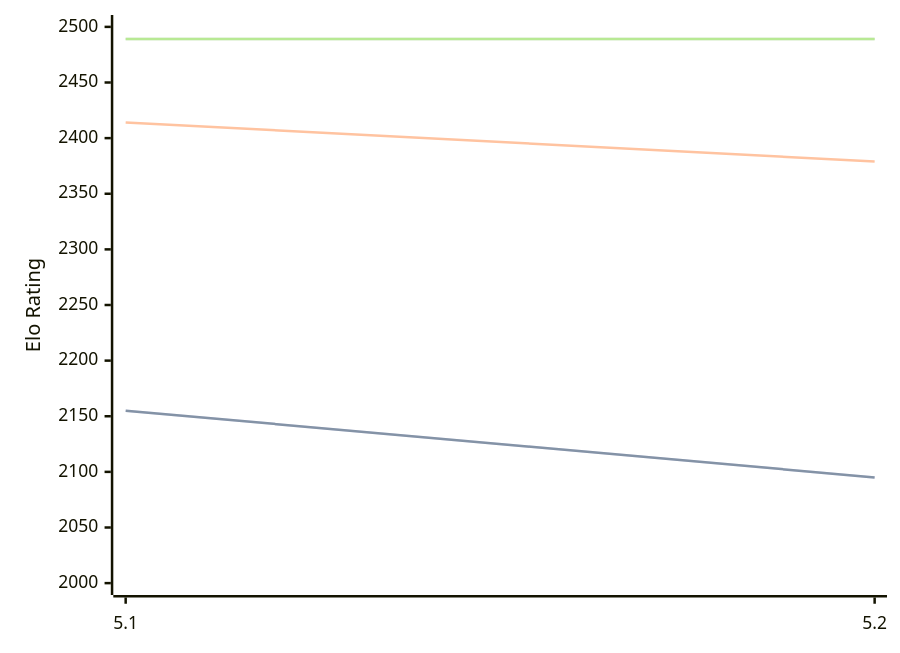
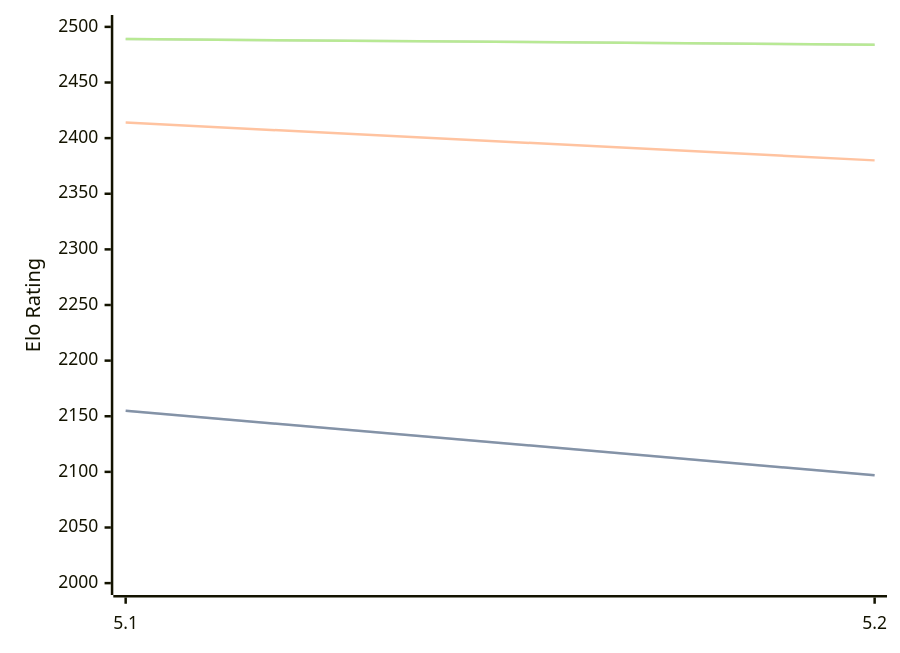
Before and after one commit to computer-chess-index/cci: the diagram in engines/Prophet.md, drawn with Mermaid. The commit also changed other lines of this file, not shown here.

Commit message:
Update CCI Ratings (ELO VLTC) - 2026-07-29

````diff
--- a/engines/Prophet.md
+++ b/engines/Prophet.md
@@ -38,11 +38,11 @@
 ```mermaid
 %%{init: {"theme":"base","themeVariables":{"seriesColors:['#a3a3a3','#222221','#faa371']}}}%%
 xychart-beta
   x-axis ["5.1", "5.2"]
   y-axis "Elo Rating" 2000 --> 2500
-  line "STC (8.0+0.08s)" [2155, 2095]
-  line "STC (8.0+0.08s)" [2155, 2095]
-  line "LTC (60.0+0.60s)" [2414, 2379]
-  line "VLTC (2m24s+1.12s)" [2489, 2489]
-  line "VLTC (2m24s+1.12s)" [2489, 2489]
+  line "STC (8.0+0.08s)" [2155, 2097]
+  line "STC (8.0+0.08s)" [2155, 2097]
+  line "LTC (60.0+0.60s)" [2414, 2380]
+  line "VLTC (2m24s+1.12s)" [2489, 2484]
+  line "VLTC (2m24s+1.12s)" [2489, 2484]
 ```
````
